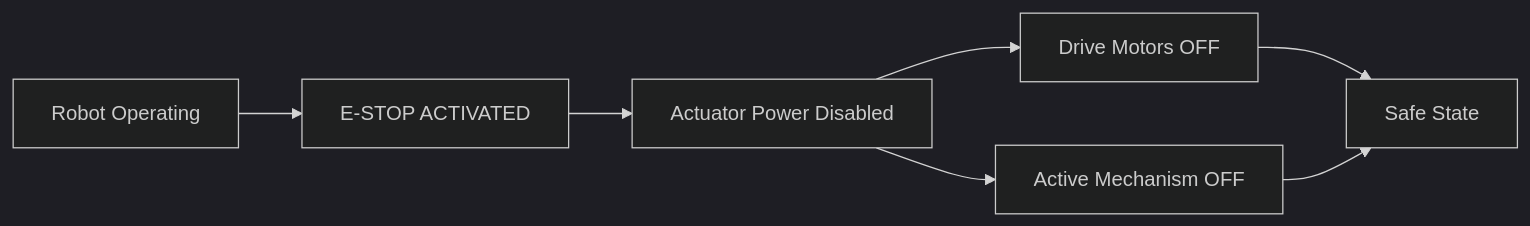
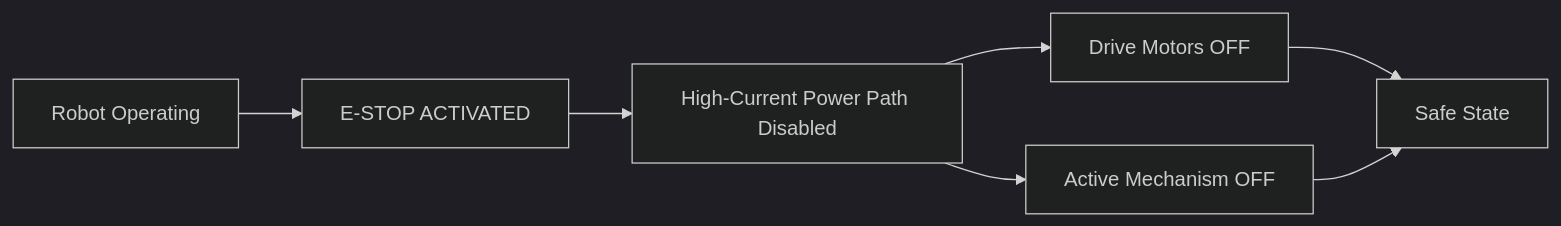
Before and after one commit to Izeey007/SentinelT: the second of 3 diagrams in Designs/Schematics/SentinelT_Power_and_EStop.md, drawn with Mermaid (dark theme). The commit also changed other lines of this file, not shown here.

Commit message:
Update SentinelT power and E-Stop architecture wording

````diff
--- a/Designs/Schematics/SentinelT_Power_and_EStop.md
+++ b/Designs/Schematics/SentinelT_Power_and_EStop.md
@@ -52,9 +53,9 @@
 ```mermaid
 flowchart LR
     NORMAL[Robot Operating] --> TRIGGER[E-STOP ACTIVATED]
-    TRIGGER --> CUT[Actuator Power Disabled]
+    TRIGGER --> CUT[High-Current Power Path Disabled]
     CUT --> DRIVE[Drive Motors OFF]
     CUT --> AUX[Active Mechanism OFF]
     DRIVE --> SAFE[Safe State]
     AUX --> SAFE
 ```
````
